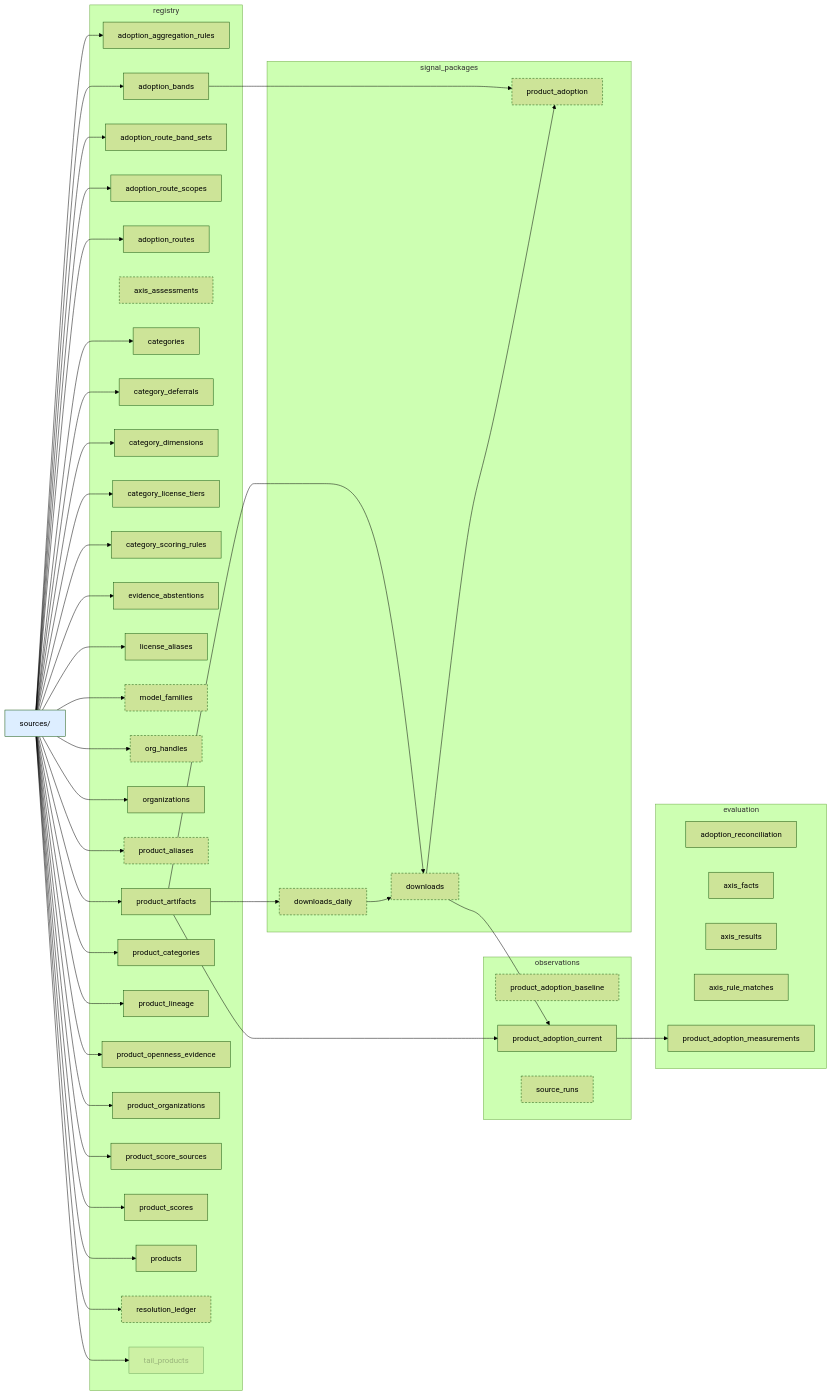
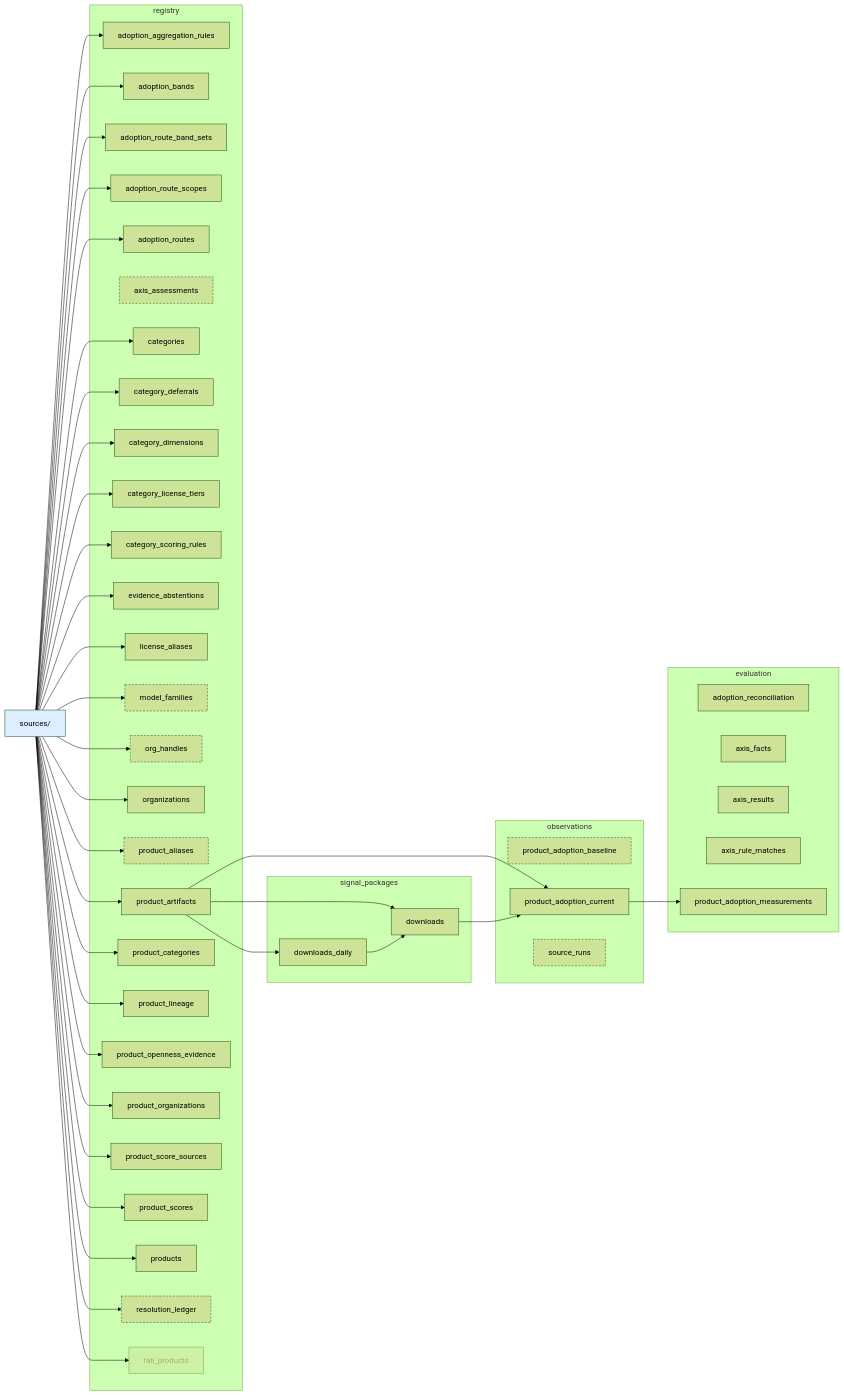
The first of 3 diagrams in docs/architecture/current-state-dag.md (currentai-org/os-ai-map), drawn with Mermaid (forest theme) before and after one commit. The commit also changed other lines of this file and 3 other files, not shown here.

First line of the commit message:
chore(warehouse): reconcile the signal_packages inventory with the deploy

```diff
--- a/docs/architecture/current-state-dag.md
+++ b/docs/architecture/current-state-dag.md
@@ -76,7 +76,6 @@
   subgraph signal_packages
     signal_packages__downloads[downloads]
     signal_packages__downloads_daily[downloads_daily]
-    signal_packages__product_adoption[product_adoption]
   end
   SRC --> registry__adoption_aggregation_rules
   SRC --> registry__adoption_bands
@@ -105,12 +104,10 @@
   SRC --> registry__resolution_ledger
   SRC --> registry__tail_products
   observations__product_adoption_current --> evaluation__product_adoption_measurements
-  registry__adoption_bands --> signal_packages__product_adoption
   registry__product_artifacts --> observations__product_adoption_current
   registry__product_artifacts --> signal_packages__downloads
   registry__product_artifacts --> signal_packages__downloads_daily
   signal_packages__downloads --> observations__product_adoption_current
-  signal_packages__downloads --> signal_packages__product_adoption
   signal_packages__downloads_daily --> signal_packages__downloads
   class observations__product_adoption_baseline staged;
   class observations__source_runs staged;
@@ -120,9 +117,6 @@
   class registry__product_aliases staged;
   class registry__resolution_ledger staged;
   class registry__tail_products dormant;
-  class signal_packages__downloads staged;
-  class signal_packages__downloads_daily staged;
-  class signal_packages__product_adoption staged;
   classDef src fill:#def;
   classDef staged stroke-dasharray: 4 3;
   classDef dormant opacity:0.5;
```
